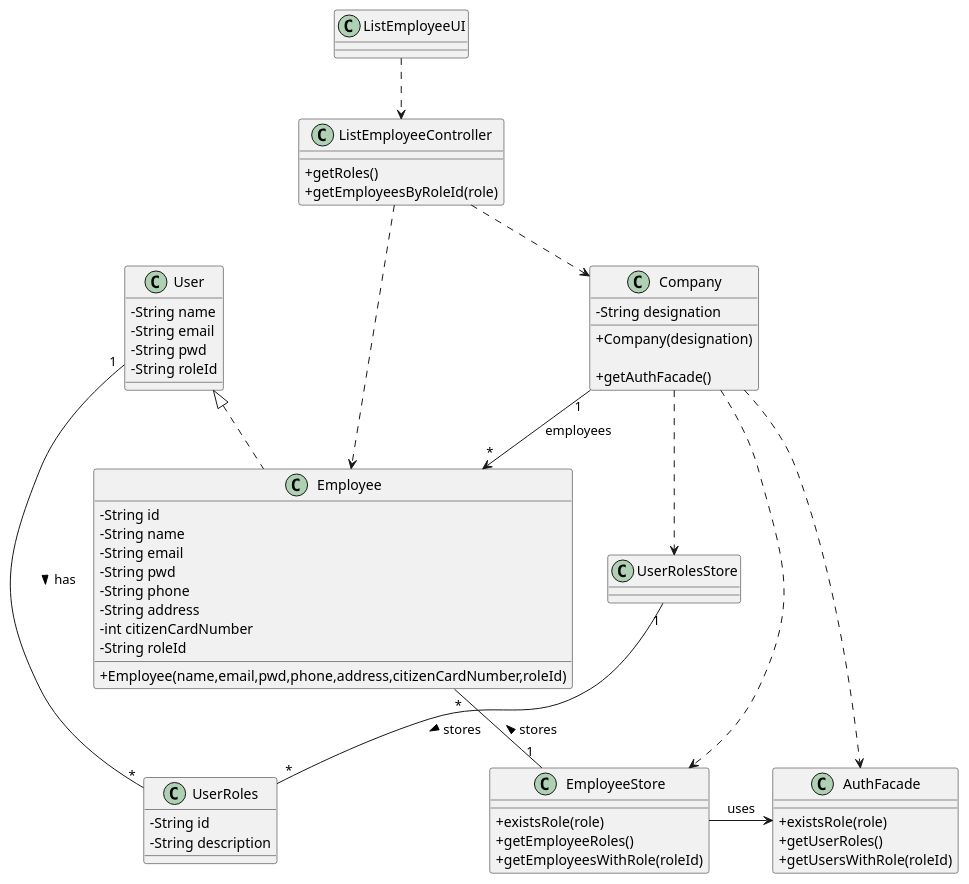
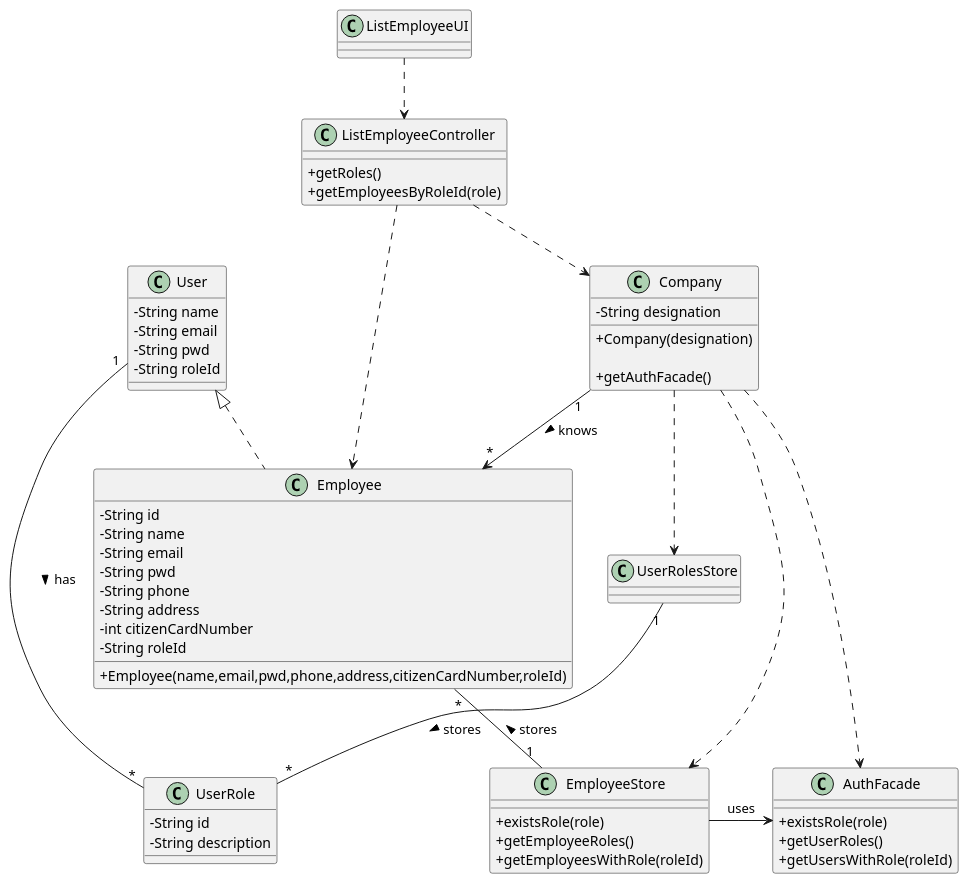
Before and after one commit to miseEnPlace-i/lapr2: the diagram in docs/SprintB/US11/CD/US11_CD.puml, drawn with PlantUML. The commit also changed 5 other files, not shown here.

Commit message:
docs(US11): fixed SD using employee store

```diff
--- a/docs/SprintB/US11/CD/US11_CD.puml
+++ b/docs/SprintB/US11/CD/US11_CD.puml
@@ -1,76 +1,76 @@
 @startuml
 skinparam classAttributeIconSize 0
 
 class User {
   - String name
   - String email
   - String pwd
   - String roleId
 }
 
 class Employee {
   -String id
   -String name
   -String email
   -String pwd
   -String phone
   -String address
   -int citizenCardNumber
   -String roleId
   
   +Employee(name,email,pwd,phone,address,citizenCardNumber,roleId)
 }
 
 class Company {
   -String designation
   +Company(designation)
 
   +getAuthFacade()
 }
 
 class AuthFacade {
   +existsRole(role)
   +getUserRoles()
   +getUsersWithRole(roleId)
 }
 
 class EmployeeStore {
   +existsRole(role)
   +getEmployeeRoles()
   +getEmployeesWithRole(roleId)
 }
 
 class ListEmployeeController {
   +getRoles()
   +getEmployeesByRoleId(role)
 }
 
-class UserRoles {
+class UserRole {
   -String id
   -String description
 }
 
 class UserRolesStore {
 
 }
 
 class ListEmployeeUI {}
 
 ListEmployeeUI ..> ListEmployeeController
 ListEmployeeController ..> Employee
 ListEmployeeController ..> Company
 
 Company ..> AuthFacade
 Company ..> EmployeeStore
 EmployeeStore -> AuthFacade : uses
 Employee "*" -- "1" EmployeeStore : stores <
-Company "1" --> "*" Employee : employees
+Company "1" --> "*" Employee : knows >
 
-UserRolesStore "1" -- "*" UserRoles : stores >
+UserRolesStore "1" -- "*" UserRole : stores >
 Company ..> UserRolesStore
 
-User "1" -- "*" UserRoles : has >
+User "1" -- "*" UserRole : has >
 
 User <|.. Employee 
 
 @enduml
```
